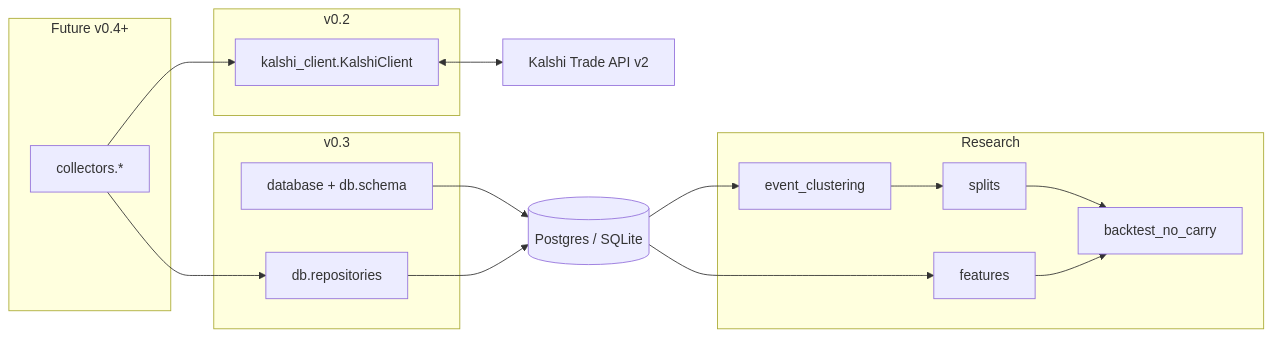
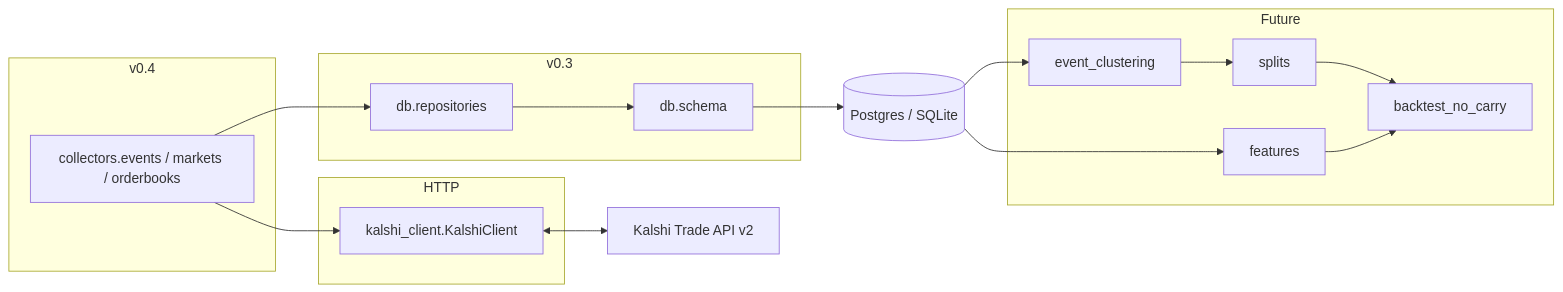
The diagram in docs/ARCHITECTURE.md (aryanbonigala/No-Contracts), drawn with Mermaid before and after one commit. The commit also changed other lines of this file and 18 other files, not shown here.

````diff
--- a/docs/ARCHITECTURE.md
+++ b/docs/ARCHITECTURE.md
@@ -11,31 +11,31 @@
 ```mermaid
 flowchart LR
-  subgraph client [v0.2]
+  subgraph client [HTTP]
     KC[kalshi_client.KalshiClient]
   end
+  subgraph ingest [v0.4]
+    COL[collectors.events / markets / orderbooks]
+  end
   subgraph persistence [v0.3]
-    DBL[database + db.schema]
     REP[db.repositories]
+    SCH[db.schema]
   end
   API[Kalshi Trade API v2]
   KC <--> API
+  COL --> KC
+  COL --> REP
+  REP --> SCH
   DB[(Postgres / SQLite)]
-  DBL --> DB
-  REP --> DB
-  subgraph ingest [Future v0.4+]
-    C[collectors.*]
-  end
-  C --> KC
-  C --> REP
-  subgraph research [Research]
+  SCH --> DB
+  subgraph research [Future]
     CL[event_clustering]
     SP[splits]
     FE[features]
     BT[backtest_no_carry]
   end
   DB --> CL
   CL --> SP
   DB --> FE
   SP --> BT
   FE --> BT
 ```
````
